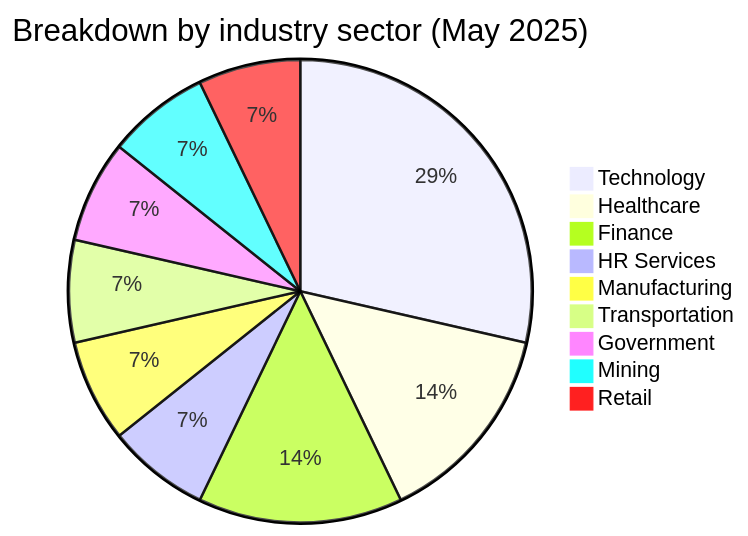
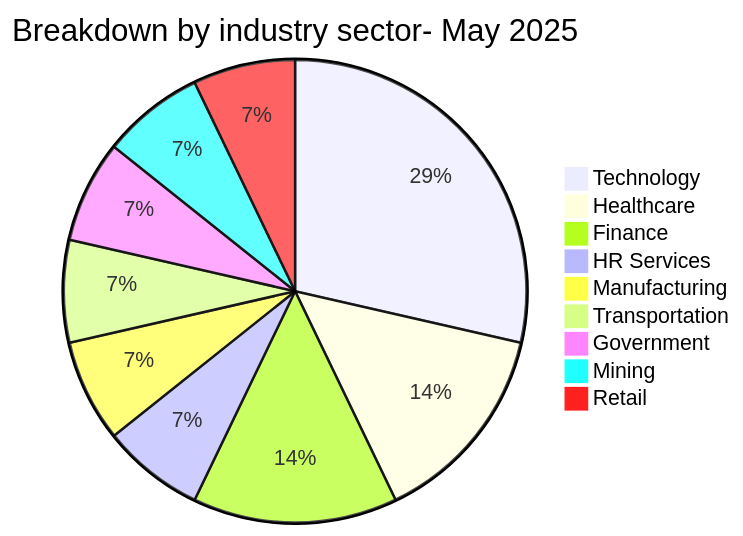
One commit to Hatchepsoute/AFRINTEL changed the second of 4 diagrams in reports/2025/05-may/README.md. Above: the diagram before and after it, drawn with Mermaid. The commit also changed other lines of this file and 1 other file, not shown here.

Commit message:
Rapport CTI : Cyberattaques en Afrique Mai 2025

````diff
--- a/reports/2025/05-may/README.md
+++ b/reports/2025/05-may/README.md
@@ -59,12 +59,12 @@
 ```mermaid
-pie title Breakdown by industry sector (May 2025)
+pie title Breakdown by industry sector- May 2025
     "Technology" : 4
     "Healthcare" : 2
     "Finance" : 2
     "HR Services" : 1
     "Manufacturing" : 1
     "Transportation" : 1
     "Government" : 1
     "Mining" : 1
     "Retail" : 1
 ```
````
